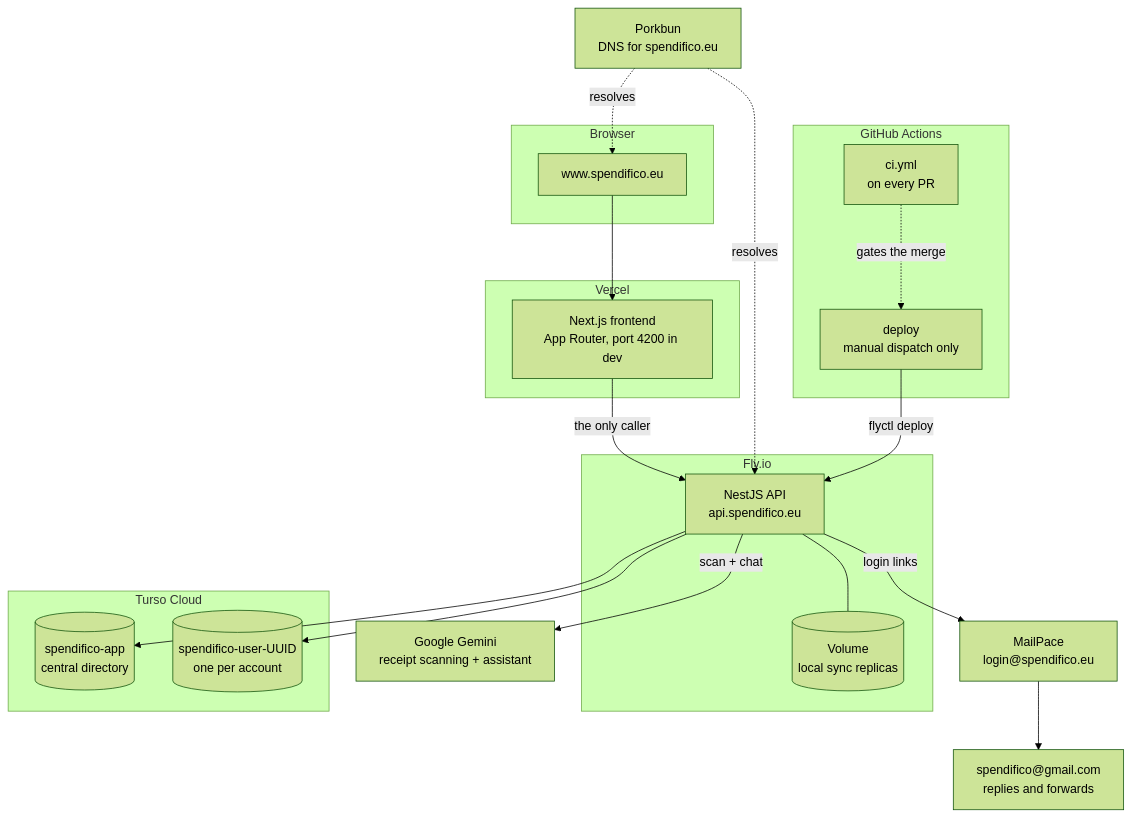
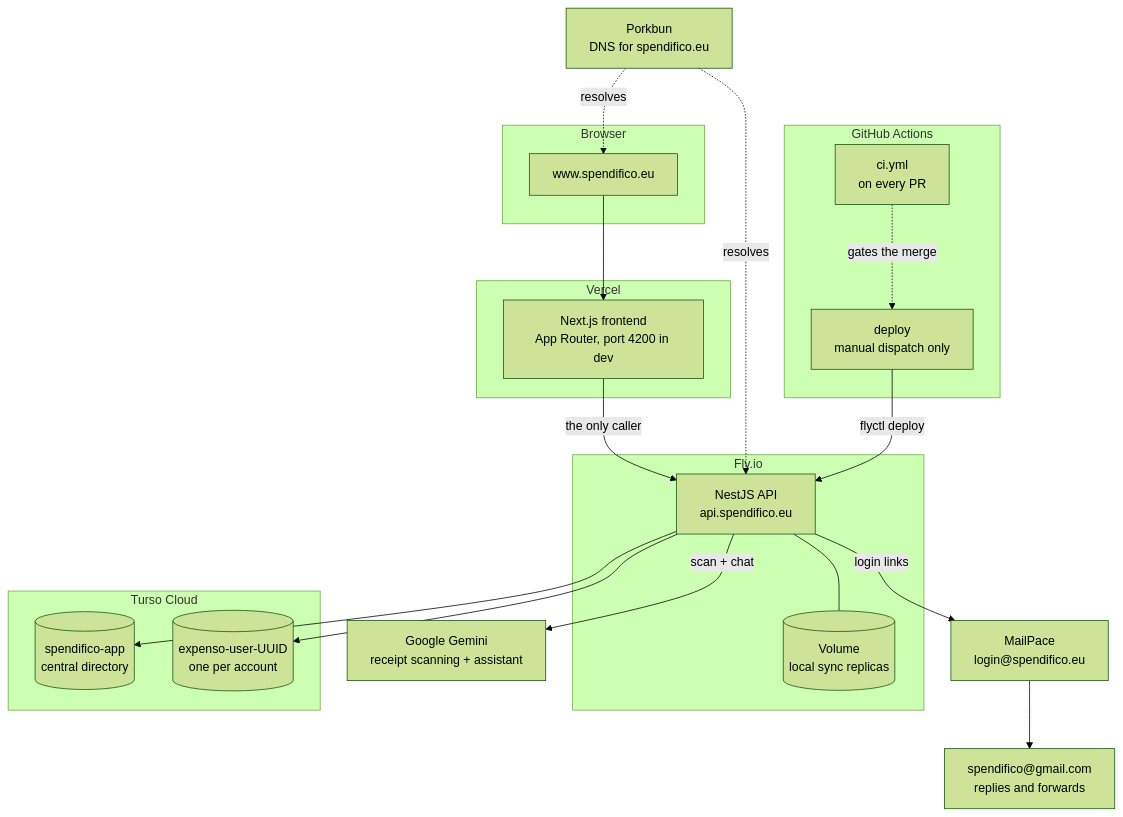
Before and after one commit to AntePrkacin/personal-expense-tracker: the third of 4 diagrams in docs/showcase/diagrams.md, drawn with Mermaid (forest theme). The commit also changed 14 other files, not shown here.

````diff
--- a/docs/showcase/diagrams.md
+++ b/docs/showcase/diagrams.md
@@ -201,43 +201,43 @@
 ```mermaid
 flowchart TB
     subgraph client["Browser"]
         B["www.spendifico.eu"]
     end
 
     subgraph vercel["Vercel"]
         FE["Next.js frontend<br/>App Router, port 4200 in dev"]
     end
 
     subgraph fly["Fly.io"]
         API["NestJS API<br/>api.spendifico.eu"]
         VOL[("Volume<br/>local sync replicas")]
     end
 
     subgraph turso["Turso Cloud"]
         CDB[("spendifico-app<br/>central directory")]
-        UDB[("spendifico-user-UUID<br/>one per account")]
+        UDB[("expenso-user-UUID<br/>one per account")]
     end
 
     MP["MailPace<br/>login@spendifico.eu"]
     INBOX["spendifico@gmail.com<br/>replies and forwards"]
     GEM["Google Gemini<br/>receipt scanning + assistant"]
     PB["Porkbun<br/>DNS for spendifico.eu"]
 
     subgraph ci["GitHub Actions"]
         CI["ci.yml<br/>on every PR"]
         DEP["deploy<br/>manual dispatch only"]
     end
 
     B --> FE
     FE -->|"the only caller"| API
     API --> CDB
     API --> UDB
     API --- VOL
     API -->|"login links"| MP
     MP --> INBOX
     API -->|"scan + chat"| GEM
     PB -.->|"resolves"| B
     PB -.->|"resolves"| API
     DEP -->|"flyctl deploy"| API
     CI -.->|"gates the merge"| DEP
 ```
````
